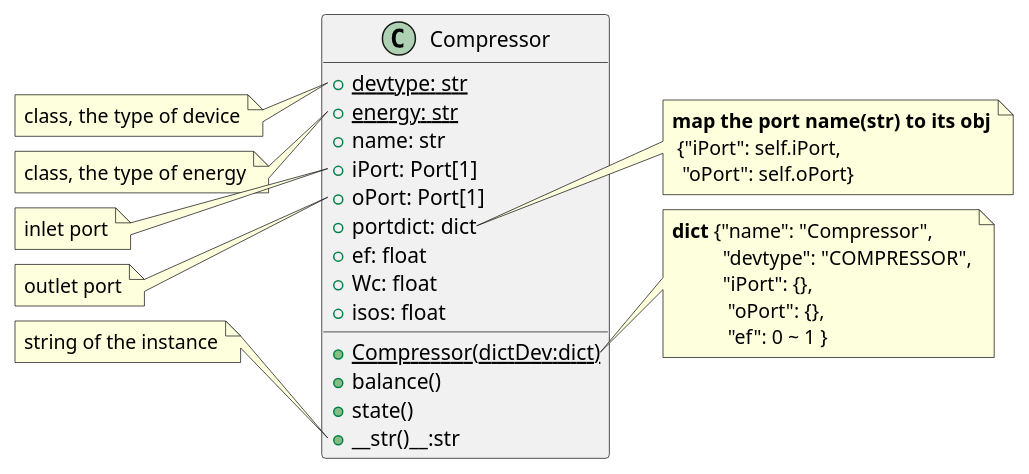
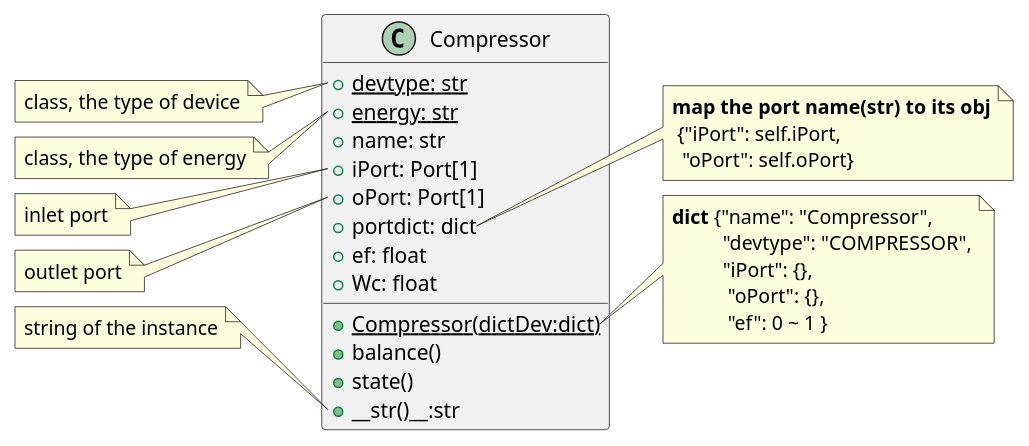
The first of 4 diagrams in doc/PlantUML_Class.md (thermalogic/SimVCCE), drawn with PlantUML before and after one commit. The commit also changed other lines of this file and 6 other files, not shown here.

````diff
--- a/doc/PlantUML_Class.md
+++ b/doc/PlantUML_Class.md
@@ -19,44 +20,43 @@
 ```puml
 class Compressor {
  + {static} devtype: str
  + {static} energy: str
  + name: str
  + iPort: Port[1]
  + oPort: Port[1]
  + portdict: dict
  + ef: float
  + Wc: float
- + isos: float
  + {static} Compressor(dictDev:dict)
  + balance()
  + state()
  + __str()__:str
 }
 note left of Compressor::devtype
   class, the type of device
 end note
 note left of Compressor::energy
   class, the type of energy
 end note
 note left of Compressor::iPort
   inlet port
 end note
 note left of Compressor::oPort
   outlet port
 end note
 note left of Compressor::__str()__
   string of the instance
 end note
 note right of Compressor::portdict
   **map the port name(str) to its obj**
    {"iPort": self.iPort,
     "oPort": self.oPort}
 end note
 note right of Compressor::Compressor(dictDev:dict)
   **dict** {"name": "Compressor",
             "devtype": "COMPRESSOR",
             "iPort": {},
              "oPort": {},
              "ef": 0 ~ 1 }
 end note
 ```
````
